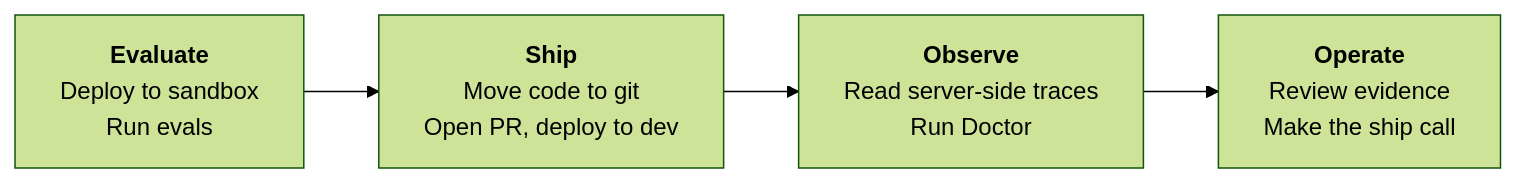
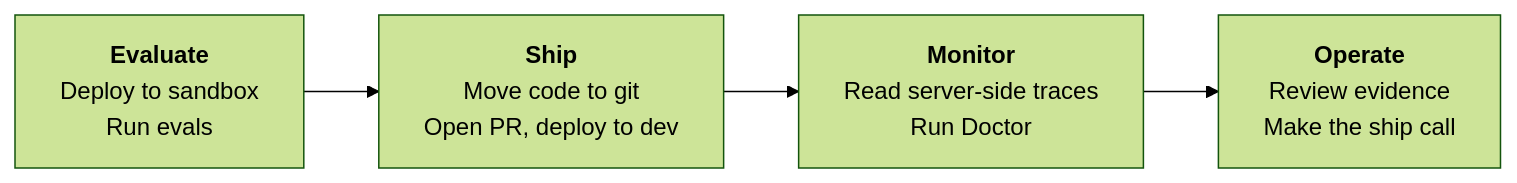
The diagram in docs/tutorial-hosted-agent.md (Azure/agentops), drawn with Mermaid (forest theme) before and after one commit. The commit also changed other lines of this file and 141 other files, not shown here.

````diff
--- a/docs/tutorial-hosted-agent.md
+++ b/docs/tutorial-hosted-agent.md
@@ -23,8 +23,8 @@
 ```mermaid
 flowchart LR
     E["<b>Evaluate</b><br/>Deploy to sandbox<br/>Run evals"]
     S["<b>Ship</b><br/>Move code to git<br/>Open PR, deploy to dev"]
-    O["<b>Observe</b><br/>Read server-side traces<br/>Run Doctor"]
+    O["<b>Monitor</b><br/>Read server-side traces<br/>Run Doctor"]
     W["<b>Operate</b><br/>Review evidence<br/>Make the ship call"]
     E --> S --> O --> W
 ```
````
